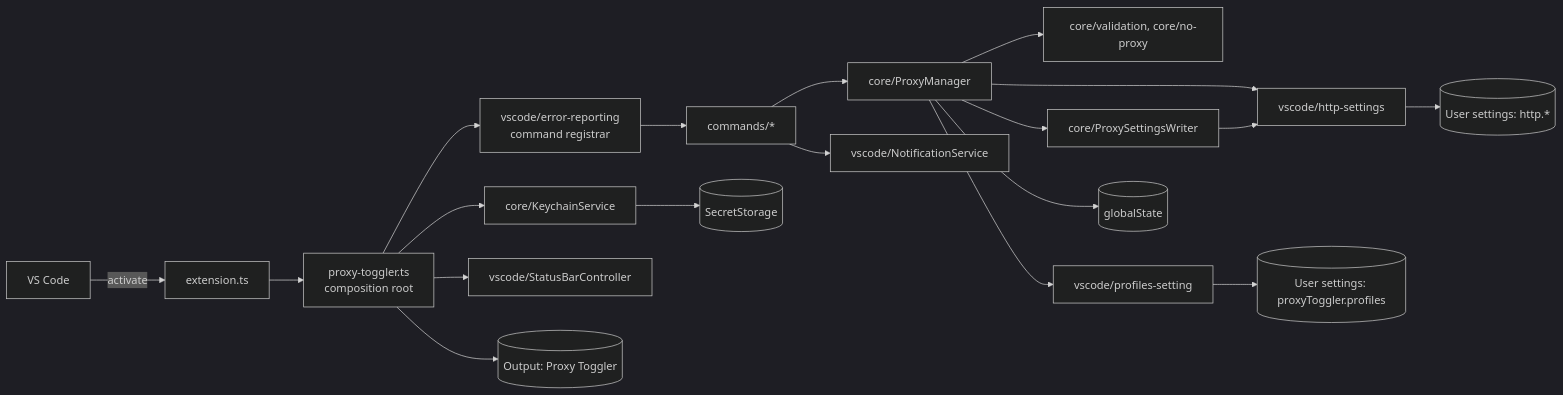
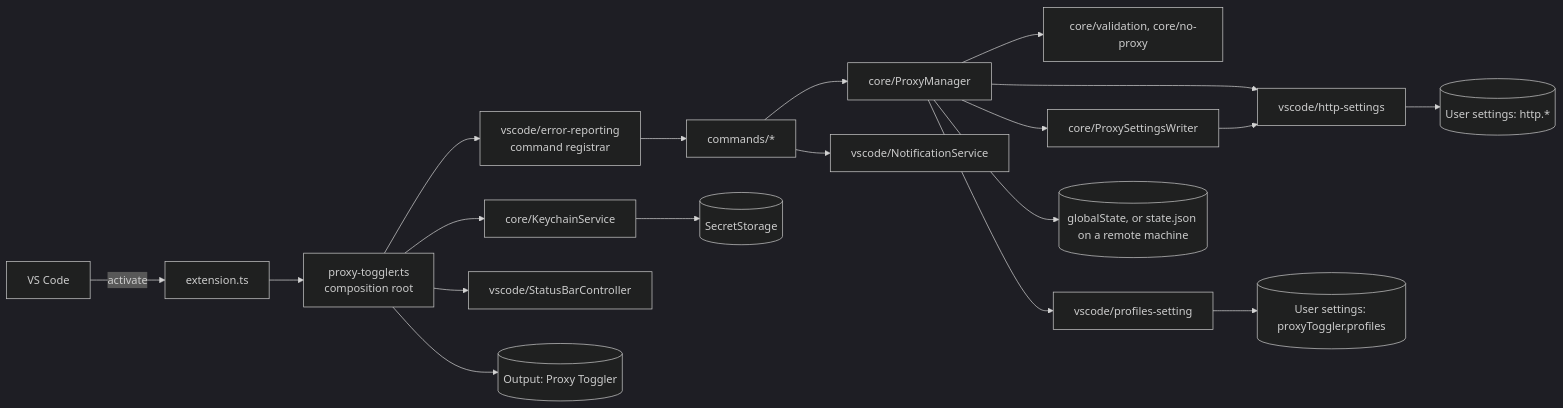
One commit to bluecloud-dev/proxy-toggler changed the diagram in ARCHITECTURE.md. Above: the diagram before and after it, drawn with Mermaid (dark theme). The commit also changed other lines of this file and 22 other files, not shown here.

First line of the commit message:
feat: manage a remote machine's own proxy in remote windows

````diff
--- a/ARCHITECTURE.md
+++ b/ARCHITECTURE.md
@@ -34,21 +34,21 @@
 ```mermaid
 flowchart LR
   vscodeHost["VS Code"] -->|activate| extension["extension.ts"]
   extension --> root["proxy-toggler.ts<br/>composition root"]
   root --> registrar["vscode/error-reporting<br/>command registrar"]
   registrar --> commands["commands/*"]
   commands --> manager["core/ProxyManager"]
   commands --> notifications["vscode/NotificationService"]
   manager --> validation["core/validation, core/no-proxy"]
   manager --> writer["core/ProxySettingsWriter"]
   manager --> httpSettings["vscode/http-settings"]
   manager --> profilesSetting["vscode/profiles-setting"]
   writer --> httpSettings
   profilesSetting --> profiles[("User settings: proxyToggler.profiles")]
   root --> keychain["core/KeychainService"]
   keychain --> secrets[("SecretStorage")]
-  manager --> state[("globalState")]
+  manager --> state[("globalState, or state.json on a remote machine")]
   httpSettings --> settings[("User settings: http.*")]
   root --> statusBar["vscode/StatusBarController"]
   root --> logger[("Output: Proxy Toggler")]
 ```
````
